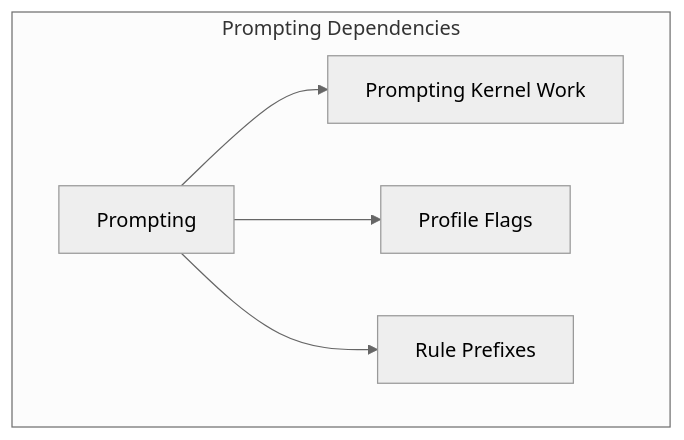
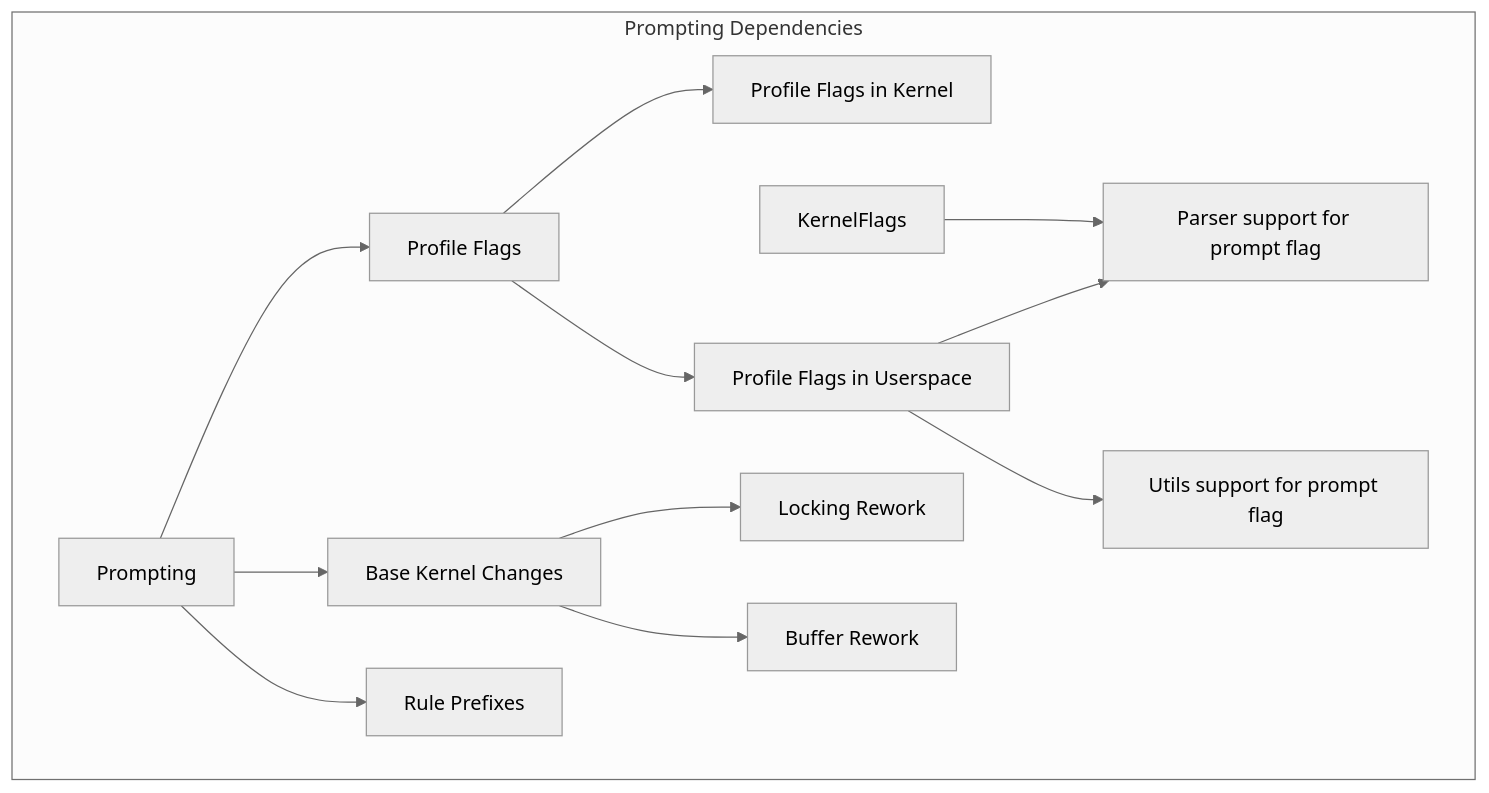
The diagram in WorkItems.md (youngker/apparmor-wiki), drawn with Mermaid (neutral theme) before and after one commit. The commit also changed other lines of this file, not shown here.

Commit message:
Update WorkItems

````diff
--- a/WorkItems.md
+++ b/WorkItems.md
@@ -307,8 +343,15 @@
 ```mermaid
 graph TB
   subgraph "Prompting Dependencies"
-  Prompting[Prompting] --> KernelWork[Prompting Kernel Work]
+  Prompting[Prompting] --> KernelWork[Base Kernel Changes]
   Prompting --> ProfileFlags[Profile Flags]
+  ProfileFlags --> KernelFlag[Profile Flags in Kernel]
+  KernelFlags --> ParserFlags[Parser support for prompt flag]
+  ProfileFlags --> UserSpaceFlags[Profile Flags in Userspace]
+  UserSpaceFlags --> ParserFlags
+  UserSpaceFlags --> UtilsFlags[Utils support for prompt flag]
   Prompting --> ProfilePrefix[Rule Prefixes]
+  KernelWork --> KernelLock[Locking Rework]
+  KernelWork --> KernelBuffer[Buffer Rework]
 end
 ```
````
